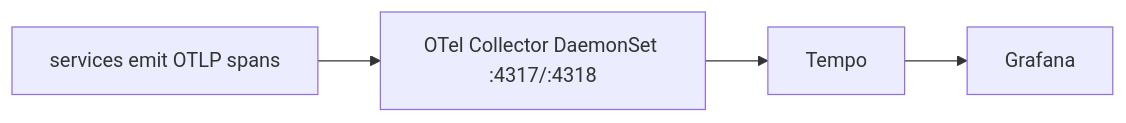
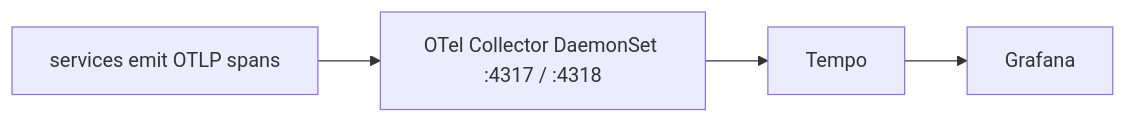
The second of 2 diagrams in docs/learn/observability/traces.md (darshan-raul/apollo11-docs), drawn with Mermaid before and after one commit. The commit also changed other lines of this file and 55 other files, not shown here.

````diff
--- a/docs/learn/observability/traces.md
+++ b/docs/learn/observability/traces.md
@@ -44,6 +53,6 @@
 ```mermaid
 flowchart LR
-  Apps[services emit OTLP spans] --> Col[OTel Collector DaemonSet :4317/:4318]
+  Apps[services emit OTLP spans] --> Col[OTel Collector DaemonSet :4317 / :4318]
   Col --> Tempo[Tempo]
   Tempo --> Gr[Grafana]
 ```
````
